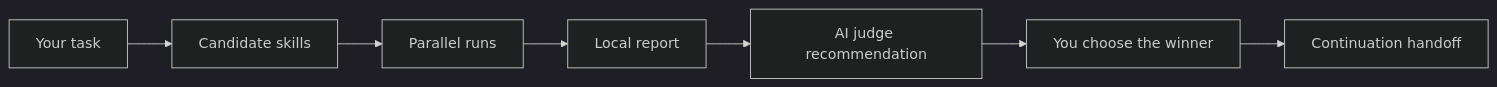
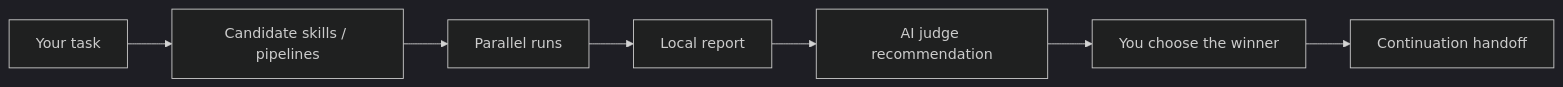
One commit to Jayden-X-L/forkprobe changed the diagram in README.en.md. Above: the diagram before and after it, drawn with Mermaid (dark theme). The commit also changed other lines of this file and 2 other files, not shown here.

````diff
--- a/README.en.md
+++ b/README.en.md
@@ -36,9 +44,9 @@
 ```mermaid
 flowchart LR
-  A["Your task"] --> B["Candidate skills"]
+  A["Your task"] --> B["Candidate skills / pipelines"]
   B --> C["Parallel runs"]
   C --> D["Local report"]
   D --> E["AI judge recommendation"]
   E --> F["You choose the winner"]
   F --> G["Continuation handoff"]
 ```
````
